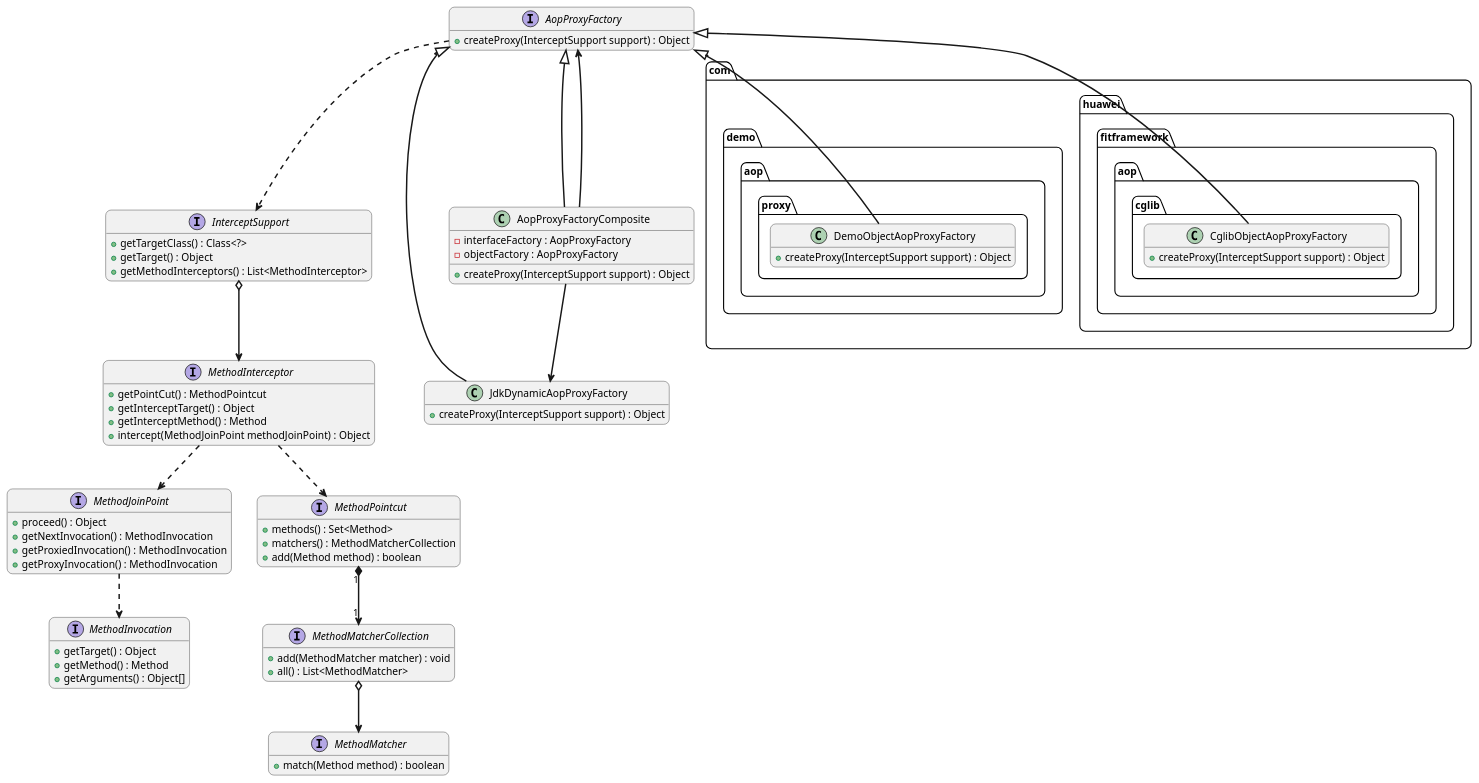
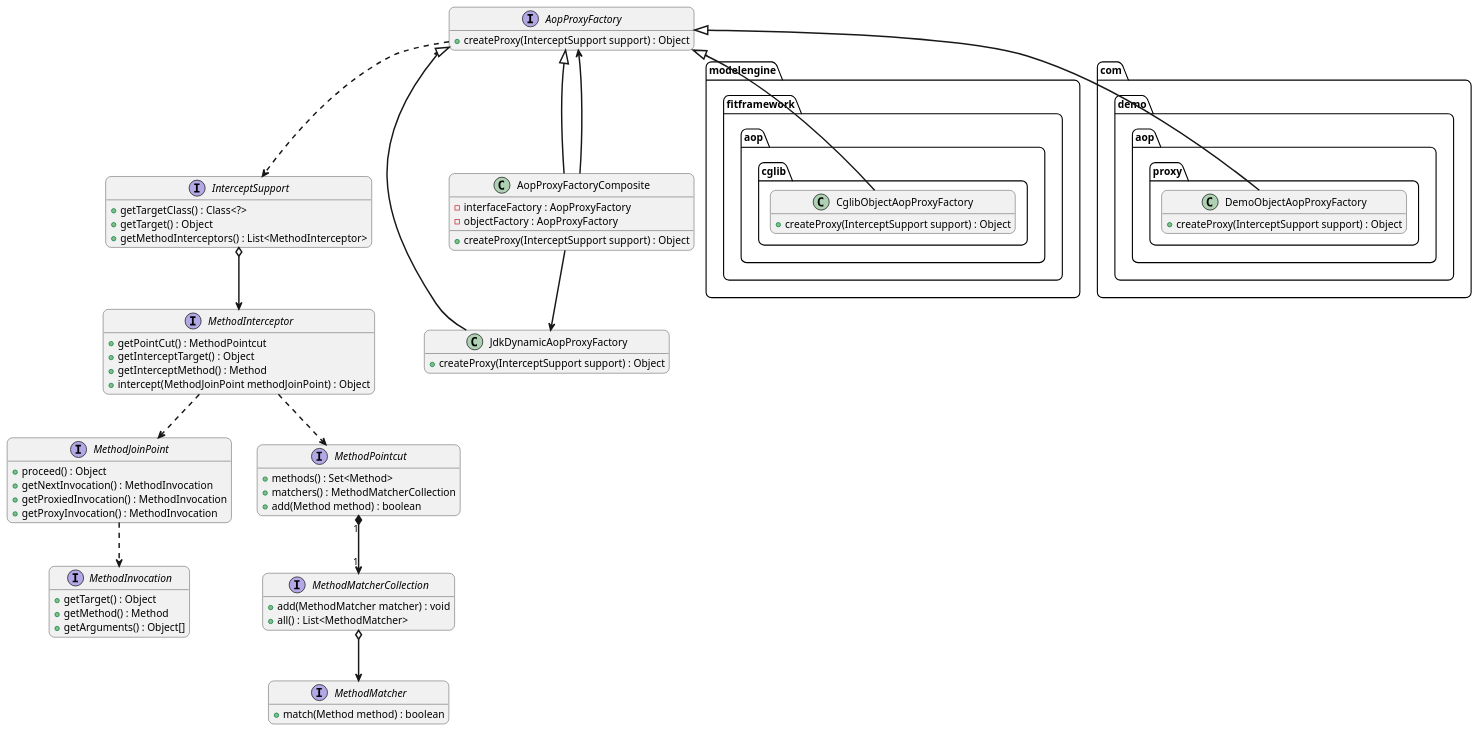
One commit to wuayee/app-platform changed the third of 3 diagrams in framework/fit/java/fit-aop/fit-aop/README.md. Above: the diagram before and after it, drawn with PlantUML. The commit also changed other lines of this file and 186 other files, not shown here.

```diff
--- a/framework/fit/java/fit-aop/fit-aop/README.md
+++ b/framework/fit/java/fit-aop/fit-aop/README.md
@@ -206,7 +206,7 @@
 - objectFactory : AopProxyFactory
 + createProxy(InterceptSupport support) : Object
 }
-package com.huawei.fitframework.aop.cglib {
+package modelengine.fitframework.aop.cglib {
   class CglibObjectAopProxyFactory {
   + createProxy(InterceptSupport support) : Object
   }
```
